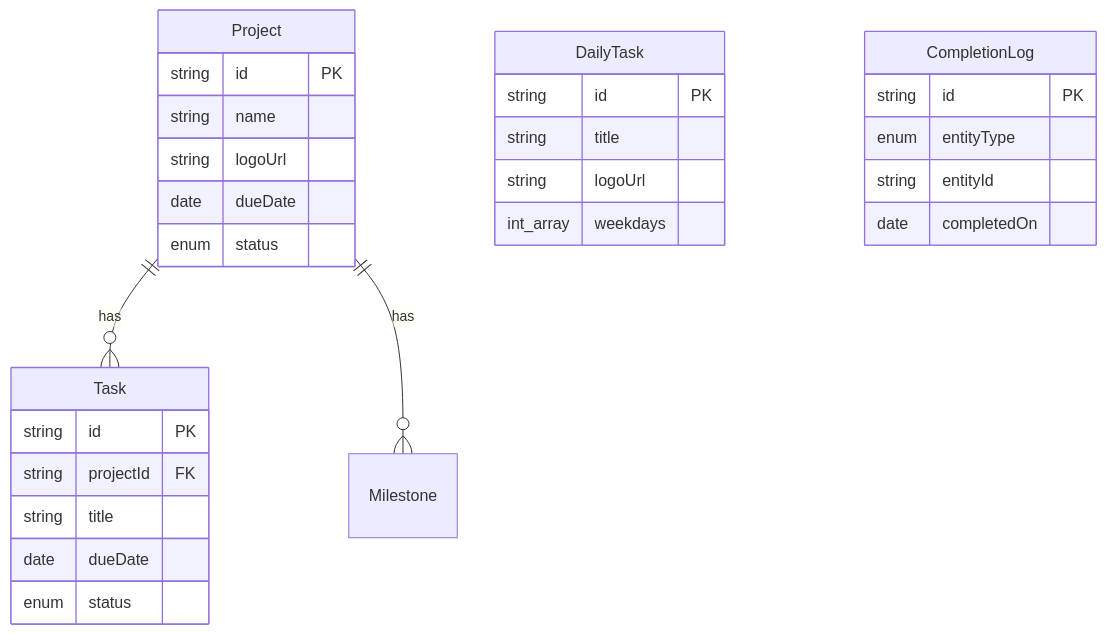
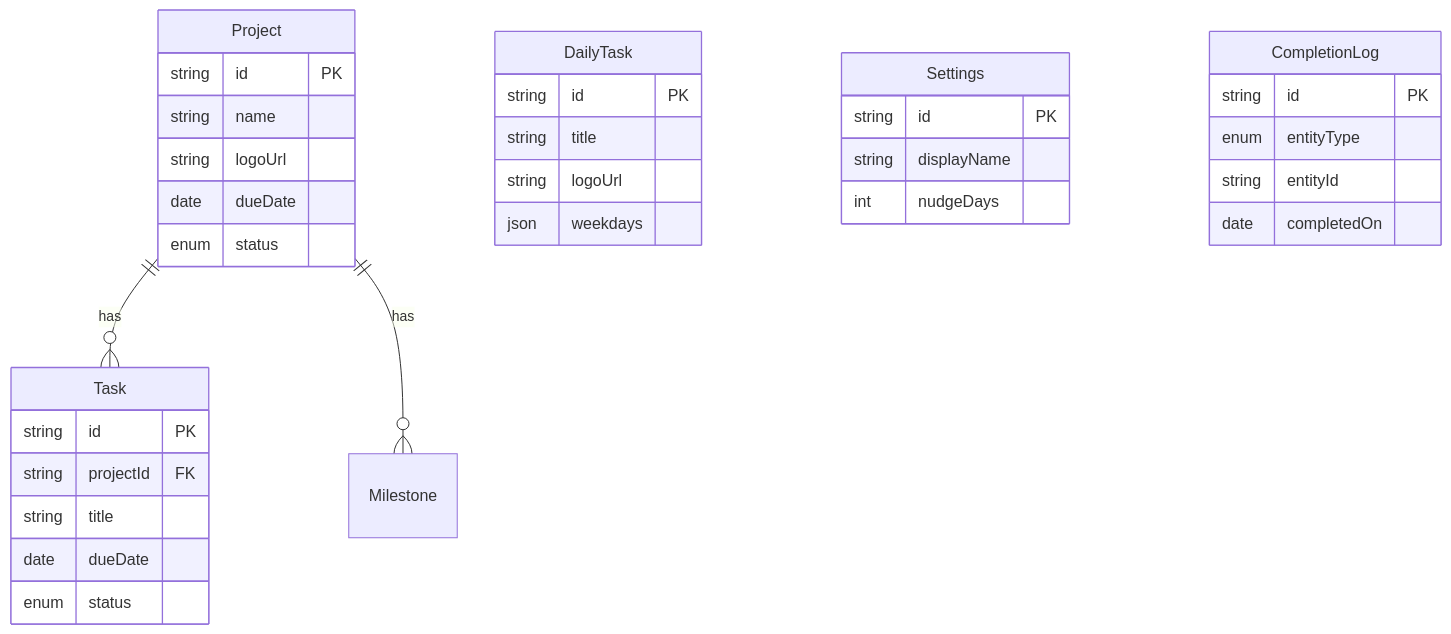
The second of 2 diagrams in docs/ARCHITECTURE.md (baselhusam/daily-hub), drawn with Mermaid before and after one commit. The commit also changed other lines of this file and 30 other files, not shown here.

````diff
--- a/docs/ARCHITECTURE.md
+++ b/docs/ARCHITECTURE.md
@@ -90,35 +95,41 @@
 ```mermaid
 erDiagram
   Project ||--o{ Task : has
   Project ||--o{ Milestone : has
 
   Project {
     string id PK
     string name
     string logoUrl
     date dueDate
     enum status
   }
 
   Task {
     string id PK
     string projectId FK
     string title
     date dueDate
     enum status
   }
 
   DailyTask {
     string id PK
     string title
     string logoUrl
-    int_array weekdays
+    json weekdays
+  }
+
+  Settings {
+    string id PK
+    string displayName
+    int nudgeDays
   }
 
   CompletionLog {
     string id PK
     enum entityType
     string entityId
     date completedOn
   }
 ```
````
